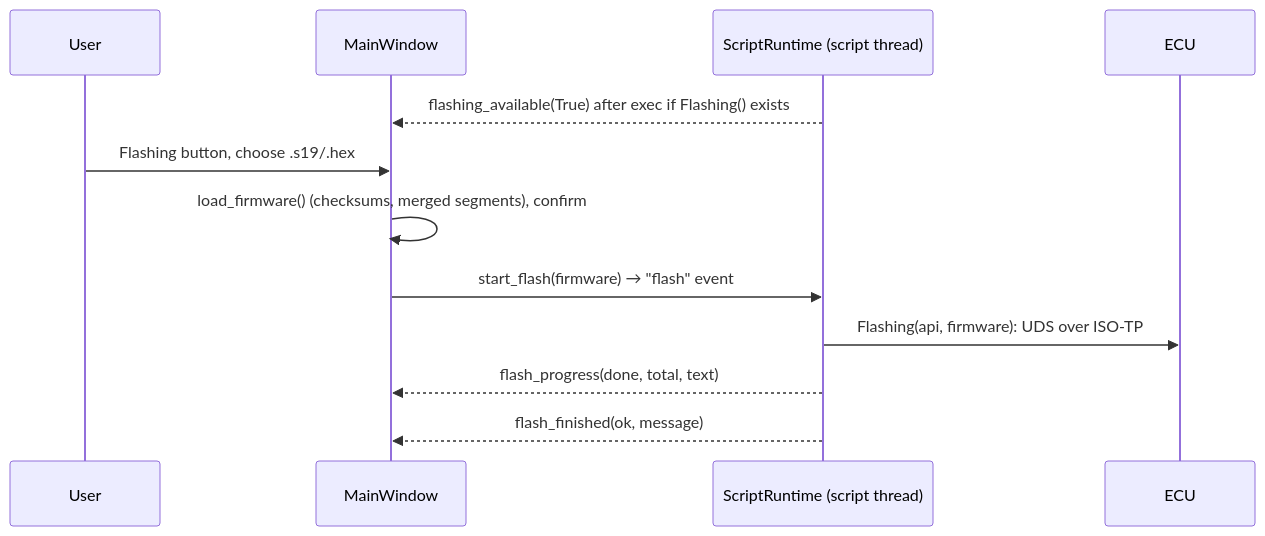
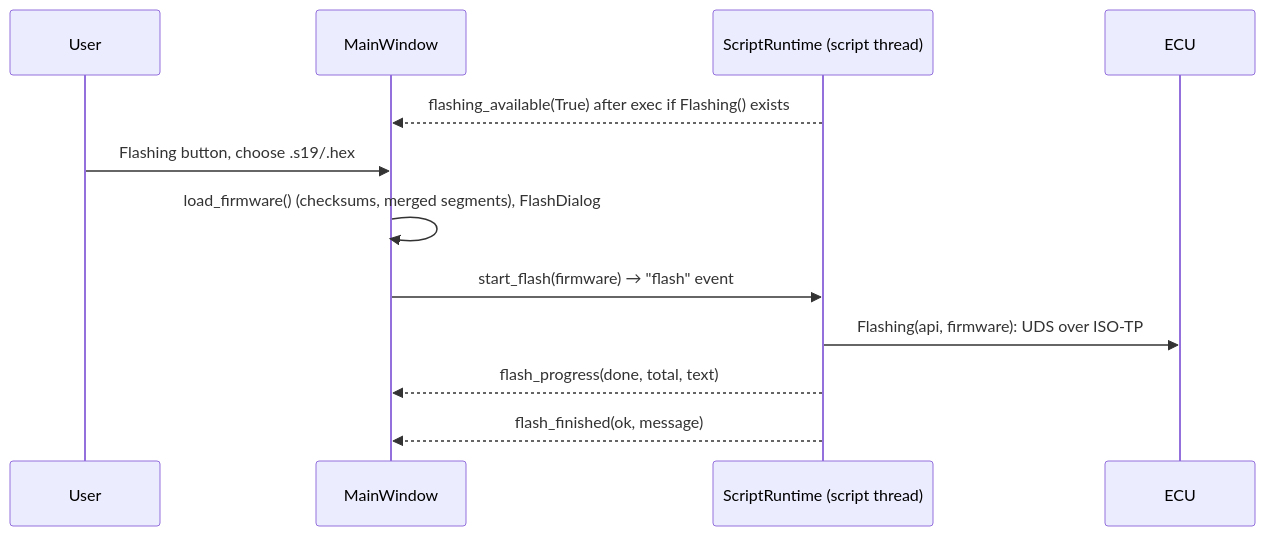
The fourth of 4 diagrams in docs/DOCUMENTATION.md (HyperFluxQc/CanExpert), drawn with Mermaid before and after one commit. The commit also changed other lines of this file and 8 other files, not shown here.

````diff
--- a/docs/DOCUMENTATION.md
+++ b/docs/DOCUMENTATION.md
@@ -297,15 +306,15 @@
 ```mermaid
 sequenceDiagram
     participant User
     participant MainWindow
     participant Runtime as ScriptRuntime (script thread)
     participant ECU
 
     Runtime-->>MainWindow: flashing_available(True) after exec if Flashing() exists
     User->>MainWindow: Flashing button, choose .s19/.hex
-    MainWindow->>MainWindow: load_firmware() (checksums, merged segments), confirm
+    MainWindow->>MainWindow: load_firmware() (checksums, merged segments), FlashDialog
     MainWindow->>Runtime: start_flash(firmware) → "flash" event
     Runtime->>ECU: Flashing(api, firmware): UDS over ISO-TP
     Runtime-->>MainWindow: flash_progress(done, total, text)
     Runtime-->>MainWindow: flash_finished(ok, message)
 ```
````
